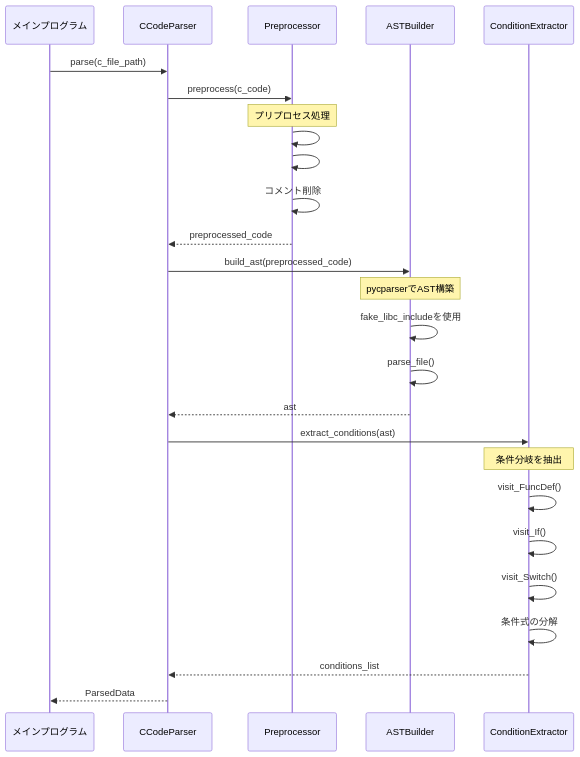
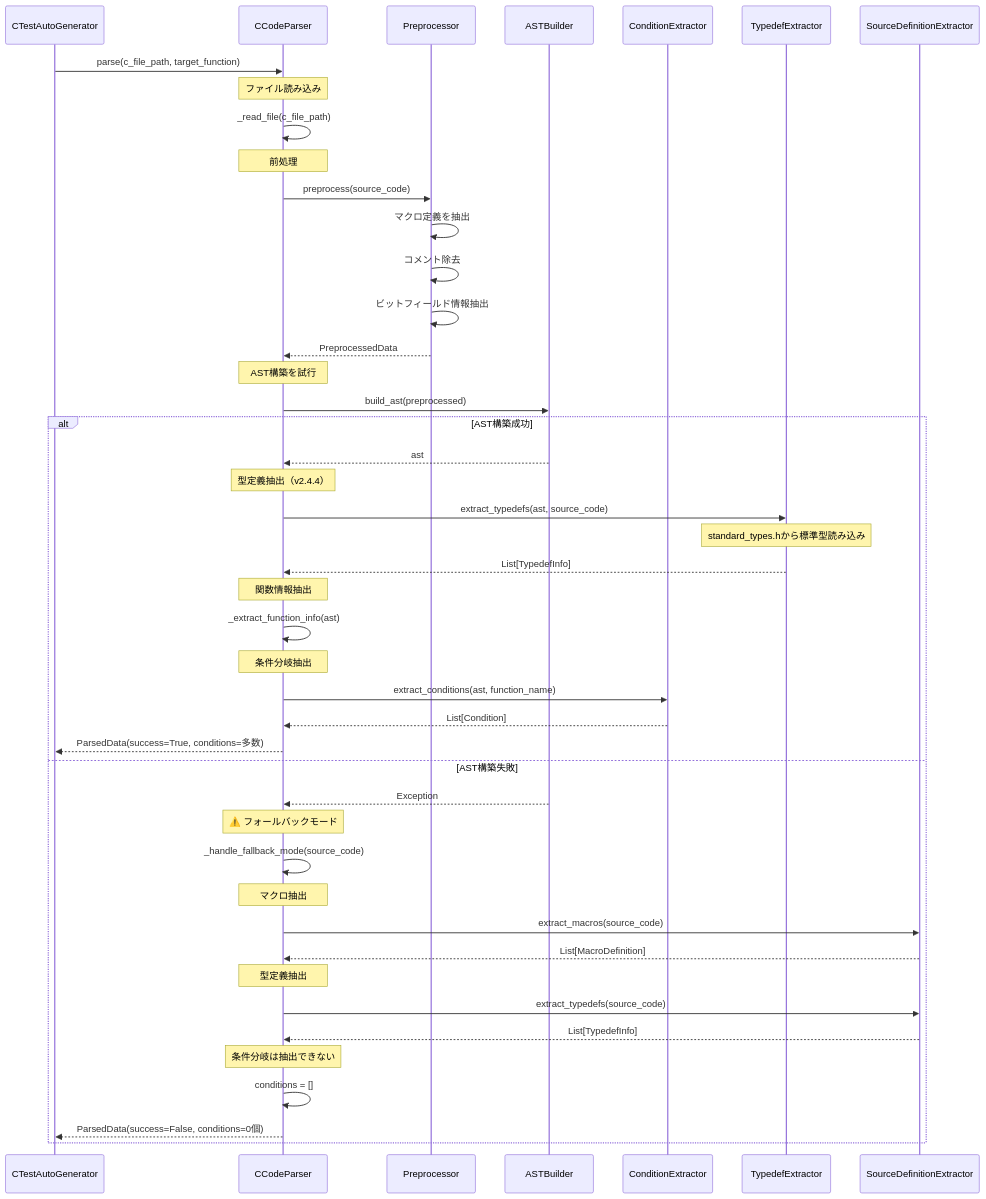
Before and after one commit to ryu5791/AutoUniTestGen: the second of 9 diagrams in doc/design_sequence_diagram.md, drawn with Mermaid. The commit also changed other lines of this file and 1 other file, not shown here.

Commit message:
v3.5.1(シーケンス図変更)

````diff
--- a/doc/design_sequence_diagram.md
+++ b/doc/design_sequence_diagram.md
@@ -63,33 +106,62 @@
 ```mermaid
 sequenceDiagram
-    participant Main as メインプログラム
+    participant Main as CTestAutoGenerator
     participant Parser as CCodeParser
-    participant Preprocessor as Preprocessor
-    participant ASTBuilder as ASTBuilder
-    participant CondExtractor as ConditionExtractor
+    participant Preproc as Preprocessor
+    participant ASTBuilder
+    participant CondExt as ConditionExtractor
+    participant TypedefExt as TypedefExtractor
+    participant SourceExt as SourceDefinitionExtractor
 
-    Main->>Parser: parse(c_file_path)
-    Parser->>Preprocessor: preprocess(c_code)
+    Main->>Parser: parse(c_file_path, target_function)
     
-    Note over Preprocessor: プリプロセス処理
-    Preprocessor->>Preprocessor: #includeの展開（制限付き）
-    Preprocessor->>Preprocessor: #defineの処理
-    Preprocessor->>Preprocessor: コメント削除
-    Preprocessor-->>Parser: preprocessed_code
+    Note over Parser: ファイル読み込み
+    Parser->>Parser: _read_file(c_file_path)
     
-    Parser->>ASTBuilder: build_ast(preprocessed_code)
-    Note over ASTBuilder: pycparserでAST構築
-    ASTBuilder->>ASTBuilder: fake_libc_includeを使用
-    ASTBuilder->>ASTBuilder: parse_file()
-    ASTBuilder-->>Parser: ast
+    Note over Parser: 前処理
+    Parser->>Preproc: preprocess(source_code)
+    Preproc->>Preproc: マクロ定義を抽出
+    Preproc->>Preproc: コメント除去
+    Preproc->>Preproc: ビットフィールド情報抽出
+    Preproc-->>Parser: PreprocessedData
     
-    Parser->>CondExtractor: extract_conditions(ast)
-    Note over CondExtractor: 条件分岐を抽出
-    CondExtractor->>CondExtractor: visit_FuncDef()
-    CondExtractor->>CondExtractor: visit_If()
-    CondExtractor->>CondExtractor: visit_Switch()
-    CondExtractor->>CondExtractor: 条件式の分解
-    CondExtractor-->>Parser: conditions_list
+    Note over Parser: AST構築を試行
+    Parser->>ASTBuilder: build_ast(preprocessed)
     
-    Parser-->>Main: ParsedData
+    alt AST構築成功
+        ASTBuilder-->>Parser: ast
+        
+        Note over Parser: 型定義抽出（v2.4.4）
+        Parser->>TypedefExt: extract_typedefs(ast, source_code)
+        Note over TypedefExt: standard_types.hから標準型読み込み
+        TypedefExt-->>Parser: List[TypedefInfo]
+        
+        Note over Parser: 関数情報抽出
+        Parser->>Parser: _extract_function_info(ast)
+        
+        Note over Parser: 条件分岐抽出
+        Parser->>CondExt: extract_conditions(ast, function_name)
+        CondExt-->>Parser: List[Condition]
+        
+        Parser-->>Main: ParsedData(success=True, conditions=多数)
+        
+    else AST構築失敗
+        ASTBuilder-->>Parser: Exception
+        
+        Note over Parser: ⚠️ フォールバックモード
+        Parser->>Parser: _handle_fallback_mode(source_code)
+        
+        Note over Parser: マクロ抽出
+        Parser->>SourceExt: extract_macros(source_code)
+        SourceExt-->>Parser: List[MacroDefinition]
+        
+        Note over Parser: 型定義抽出
+        Parser->>SourceExt: extract_typedefs(source_code)
+        SourceExt-->>Parser: List[TypedefInfo]
+        
+        Note over Parser: 条件分岐は抽出できない
+        Parser->>Parser: conditions = []
+        
+        Parser-->>Main: ParsedData(success=False, conditions=0個)
+    end
 ```
````
